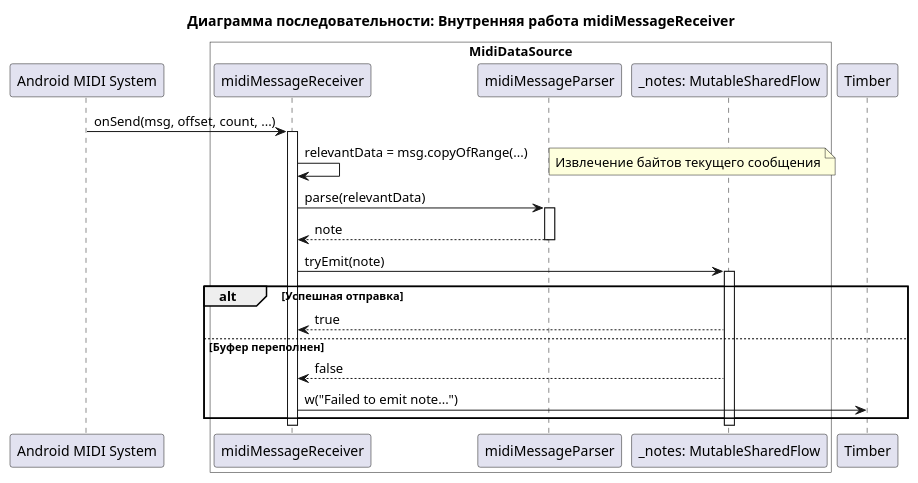
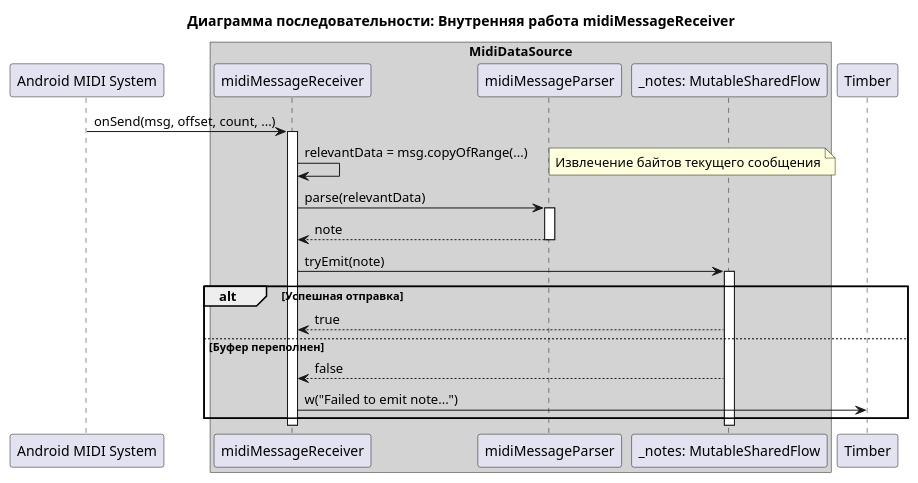
Before and after one commit to astrizhachuk/PianoFlow: the fourth of 5 diagrams in docs/ts/MIDI_MESSAGE_PROCESSING.md, drawn with PlantUML. The commit also changed other lines of this file, not shown here.

Commit message:
docs: детализировать диаграммы для обработки MIDI-сообщений

````diff
--- a/docs/ts/MIDI_MESSAGE_PROCESSING.md
+++ b/docs/ts/MIDI_MESSAGE_PROCESSING.md
@@ -209,38 +223,38 @@
 ```plantuml
 @startuml
 title Диаграмма последовательности: Внутренняя работа midiMessageReceiver
 
 participant "Android MIDI System" as MidiSystem
-box "MidiDataSource" #White
+box "MidiDataSource" #LightGray
     participant "midiMessageReceiver" as Receiver
     participant "midiMessageParser" as Parser
     participant "_notes: MutableSharedFlow" as NotesFlow
 end box
 participant "Timber" as Logger
 
 MidiSystem -> Receiver : onSend(msg, offset, count, ...)
 activate Receiver
 
 Receiver -> Receiver : relevantData = msg.copyOfRange(...)
 note right: Извлечение байтов текущего сообщения
 
 Receiver -> Parser : parse(relevantData)
 activate Parser
 Parser --> Receiver : note
 deactivate Parser
 
 Receiver -> NotesFlow : tryEmit(note)
 activate NotesFlow
 
 alt Успешная отправка
     NotesFlow --> Receiver : true
 else Буфер переполнен
     NotesFlow --> Receiver : false
     Receiver -> Logger : w("Failed to emit note...")
 end
 
 deactivate NotesFlow
 deactivate Receiver
 
 @enduml
 ```
````
